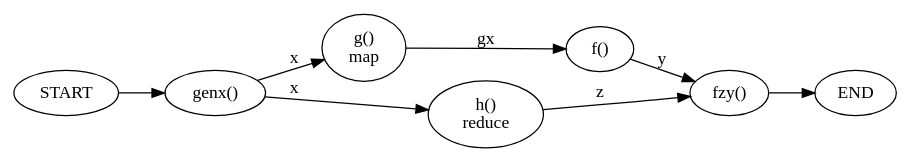
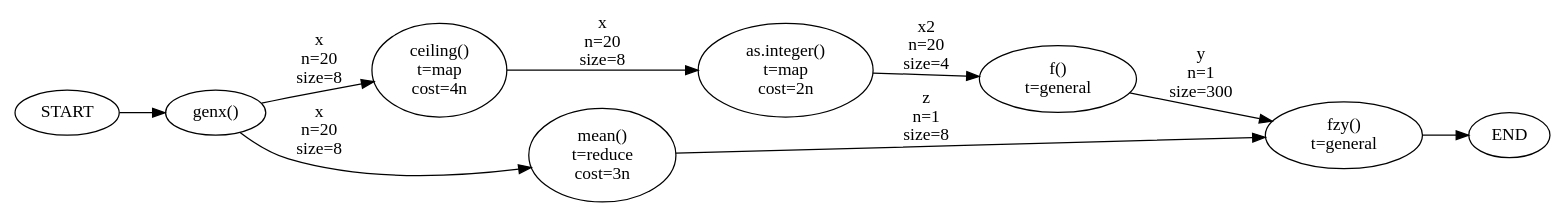
Before and after one commit to clarkfitzg/phd_research: the diagram in optim/program.dot, drawn with Graphviz. The commit also changed 4 other files, not shown here.

```diff
--- a/optim/program.dot
+++ b/optim/program.dot
@@ -1,22 +1,24 @@
 digraph {
     rankdir=LR;
     //size="8,5"
     //node [shape = square]; 2;
     //node [shape = none];
 
     0 [label="START"];
     1 [label="genx()"];
-    2 [label="g()\nmap"];
-    3 [label="h()\nreduce"];
-    4 [label="f()"];
-    5 [label="fzy()"];
+    2 [label="ceiling()\nt=map\ncost=4n"];
+    6 [label="as.integer()\nt=map\ncost=2n"];
+    3 [label="mean()\nt=reduce\ncost=3n"];
+    4 [label="f()\nt=general"];
+    5 [label="fzy()\nt=general"];
     10 [label = "END"]
 
     0 -> 1;
-    1 -> 2 [label = "x"];
-    1 -> 3 [label = "x"];
-    2 -> 4 [label = "gx"];
-    4 -> 5 [label = "y"];
-    3 -> 5 [label = "z"];
+    1 -> 2 [label = "x\nn=20\nsize=8"];
+    2 -> 6 [label = "x\nn=20\nsize=8"];
+    1 -> 3 [label = "x\nn=20\nsize=8"];
+    6 -> 4 [label = "x2\nn=20\nsize=4"];
+    4 -> 5 [label = "y\nn=1\nsize=300"];
+    3 -> 5 [label = "z\nn=1\nsize=8"];
     5 -> 10;
 }
```
